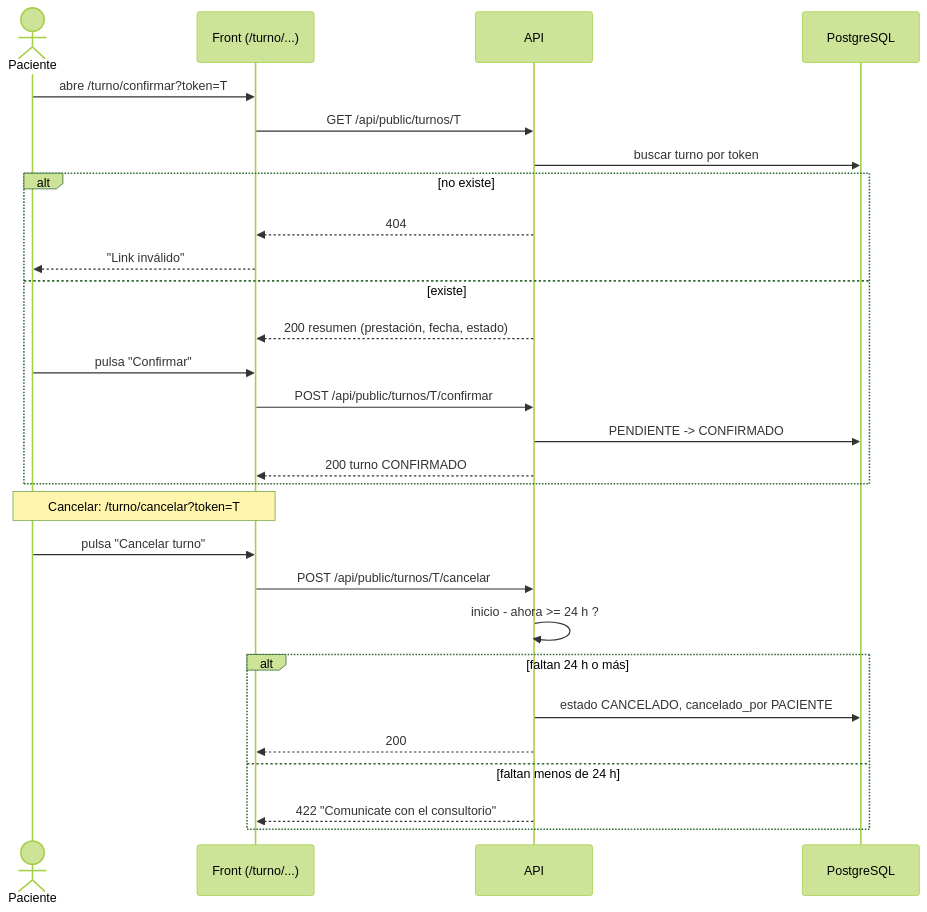
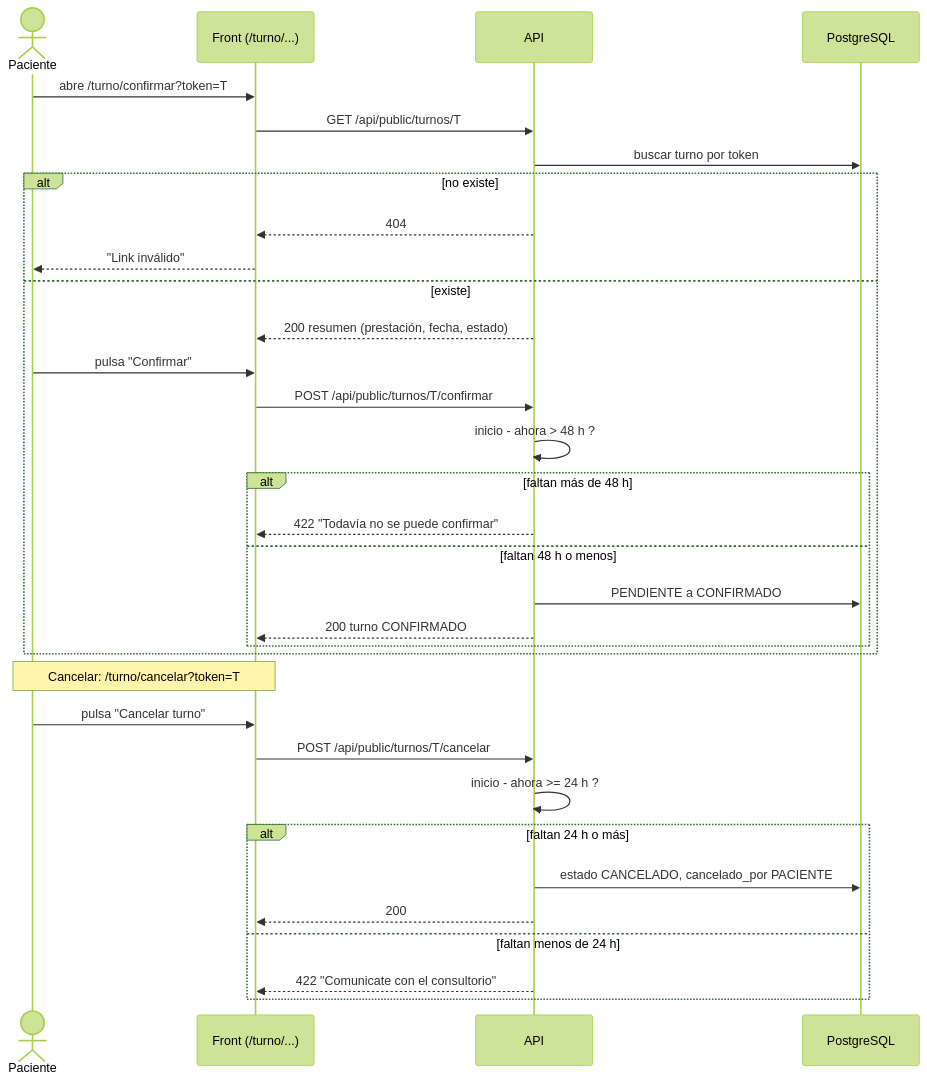
Before and after one commit to ExeBernardon/turnos-odontologia-Bernardon: the third of 6 diagrams in knowledge-base/07_flujos_principales.md, drawn with Mermaid (forest theme). The commit also changed other lines of this file and 11 other files, not shown here.

````diff
--- a/knowledge-base/07_flujos_principales.md
+++ b/knowledge-base/07_flujos_principales.md
@@ -87,30 +98,35 @@
 ```mermaid
 sequenceDiagram
     actor P as Paciente
     participant F as Front (/turno/...)
     participant A as API
     participant DB as PostgreSQL
     P->>F: abre /turno/confirmar?token=T
     F->>A: GET /api/public/turnos/T
     A->>DB: buscar turno por token
     alt no existe
         A-->>F: 404
         F-->>P: "Link inválido"
     else existe
         A-->>F: 200 resumen (prestación, fecha, estado)
         P->>F: pulsa "Confirmar"
         F->>A: POST /api/public/turnos/T/confirmar
-        A->>DB: PENDIENTE -> CONFIRMADO
-        A-->>F: 200 turno CONFIRMADO
+        A->>A: inicio - ahora > 48 h ?
+        alt faltan más de 48 h
+            A-->>F: 422 "Todavía no se puede confirmar"
+        else faltan 48 h o menos
+            A->>DB: PENDIENTE a CONFIRMADO
+            A-->>F: 200 turno CONFIRMADO
+        end
     end
     Note over P,F: Cancelar: /turno/cancelar?token=T
     P->>F: pulsa "Cancelar turno"
     F->>A: POST /api/public/turnos/T/cancelar
     A->>A: inicio - ahora >= 24 h ?
     alt faltan 24 h o más
         A->>DB: estado CANCELADO, cancelado_por PACIENTE
         A-->>F: 200
     else faltan menos de 24 h
         A-->>F: 422 "Comunicate con el consultorio"
     end
 ```
````
